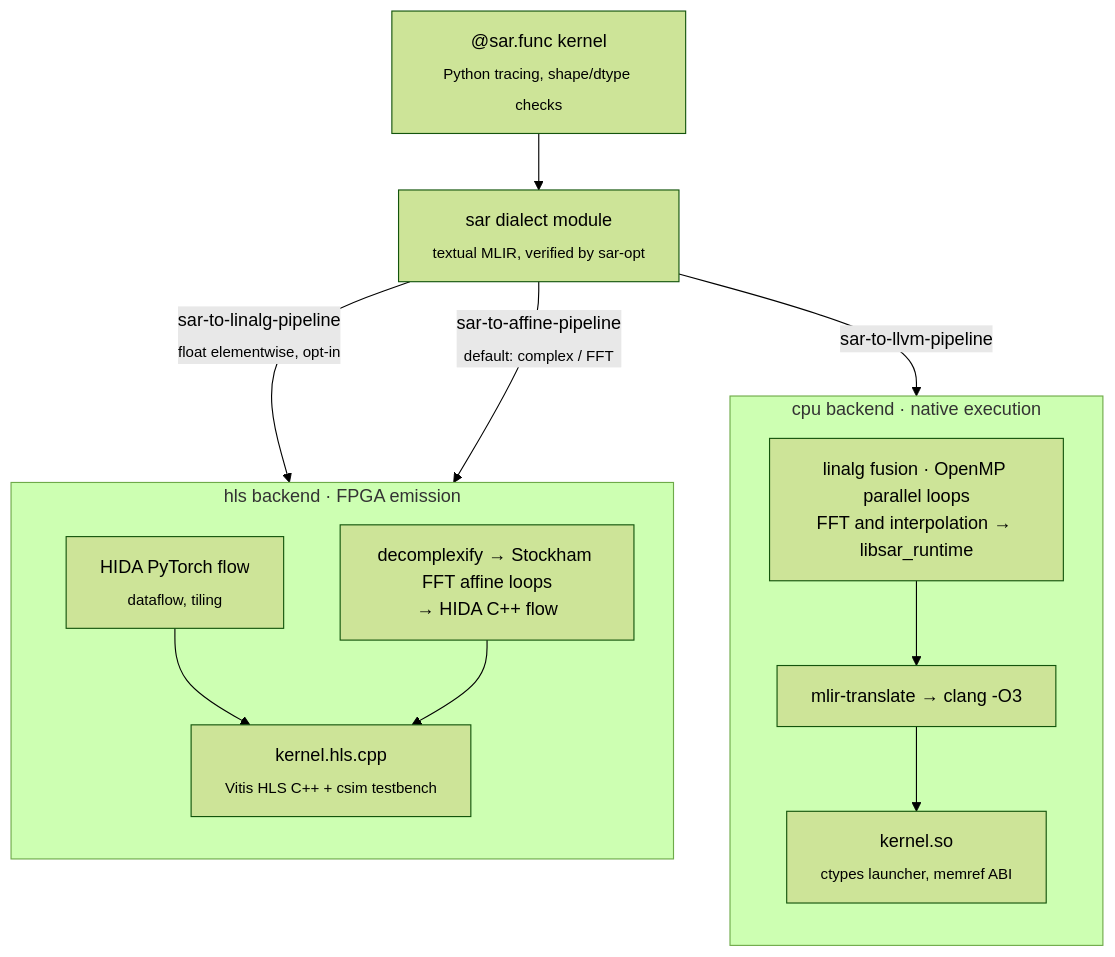
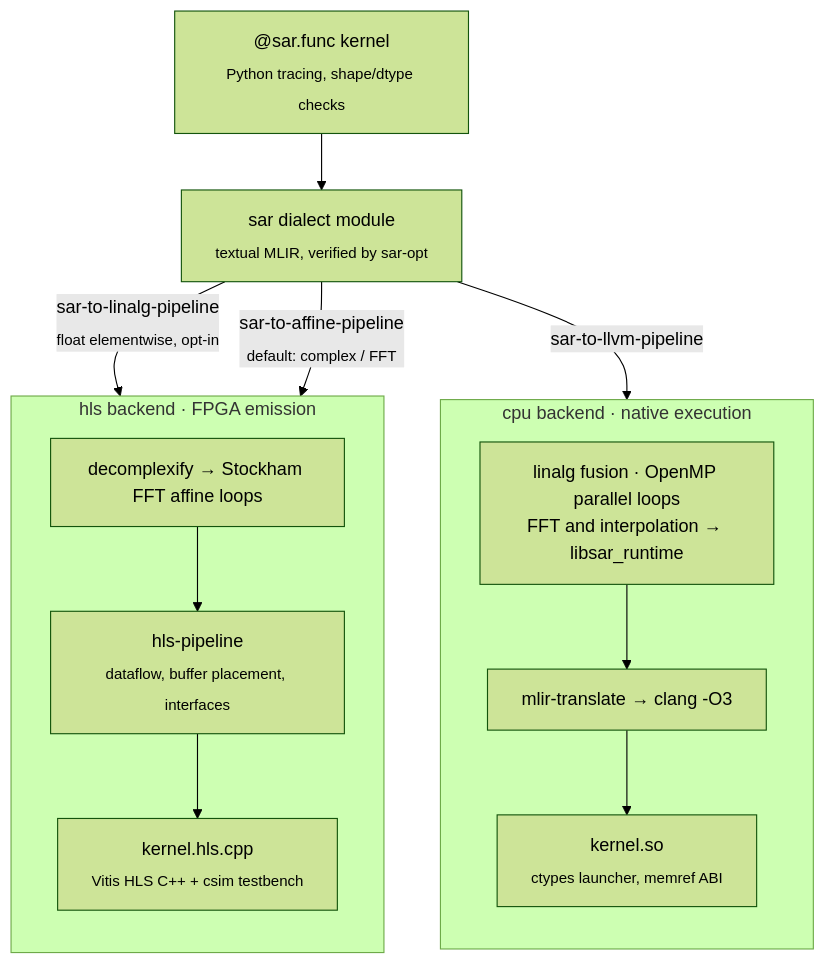
One commit to zeroherolin/sar-dsl changed the diagram in README.md. Above: the diagram before and after it, drawn with Mermaid (forest theme). The commit also changed other lines of this file and 24 other files, not shown here.

````diff
--- a/README.md
+++ b/README.md
@@ -87,27 +86,26 @@
 ```mermaid
 flowchart TB
     K["@sar.func kernel<br/><sub>Python tracing, shape/dtype checks</sub>"]
     IR["sar dialect module<br/><sub>textual MLIR, verified by sar-opt</sub>"]
     K --> IR
 
     IR -- "sar-to-llvm-pipeline" --> CPU1
     IR -- "sar-to-linalg-pipeline<br/><sub>float elementwise, opt-in</sub>" --> H1
     IR -- "sar-to-affine-pipeline<br/><sub>default: complex / FFT</sub>" --> H2
 
     subgraph CPU["cpu backend · native execution"]
         direction TB
         CPU1["linalg fusion · OpenMP parallel loops<br/>FFT and interpolation → libsar_runtime"]
         CPU2["mlir-translate → clang -O3"]
         CPU3["kernel.so<br/><sub>ctypes launcher, memref ABI</sub>"]
         CPU1 --> CPU2 --> CPU3
     end
 
     subgraph HLS["hls backend · FPGA emission"]
         direction TB
-        H1["HIDA PyTorch flow<br/><sub>dataflow, tiling</sub>"]
-        H2["decomplexify → Stockham FFT affine loops<br/>→ HIDA C++ flow"]
+        H1["decomplexify → Stockham FFT affine loops"]
+        H2["hls-pipeline<br/><sub>dataflow, buffer placement, interfaces</sub>"]
         H3["kernel.hls.cpp<br/><sub>Vitis HLS C++ + csim testbench</sub>"]
-        H1 --> H3
-        H2 --> H3
+        H1 --> H2 --> H3
     end
 ```
````
